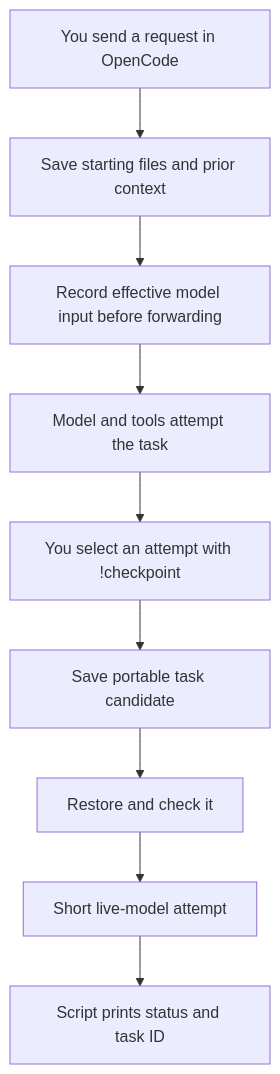
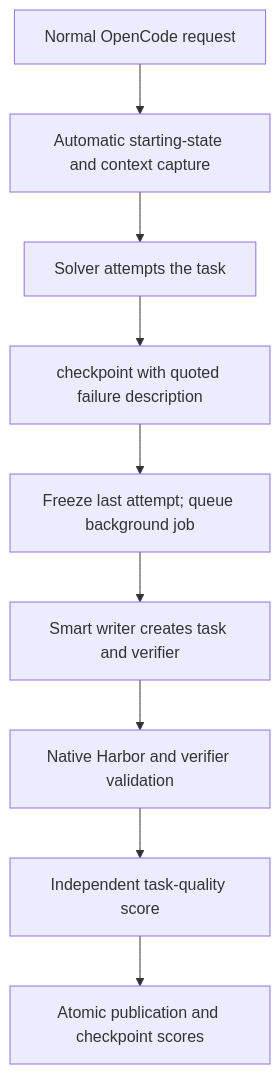
The first of 4 diagrams in design.md (jpbarona/rl-environment-harness), drawn with Mermaid before and after one commit. The commit also changed other lines of this file and 24 other files, not shown here.

First line of the commit message:
Step 5: background checkpoint command with Harbor task generation, validation, scoring, and atomic publication (#4)

````diff
--- a/design.md
+++ b/design.md
@@ -17,11 +17,11 @@
 ```mermaid
 flowchart TD
-    A[You send a request in OpenCode] --> B[Save starting files and prior context]
-    B --> C[Record effective model input before forwarding]
-    C --> D[Model and tools attempt the task]
-    D --> E[You select an attempt with !checkpoint]
-    E --> F[Save portable task candidate]
-    F --> G[Restore and check it]
-    G --> H[Short live-model attempt]
-    H --> I[Script prints status and task ID]
+    A[Normal OpenCode request] --> B[Automatic starting-state and context capture]
+    B --> C[Solver attempts the task]
+    C --> D[checkpoint with quoted failure description]
+    D --> E[Freeze last attempt; queue background job]
+    E --> F[Smart writer creates task and verifier]
+    F --> G[Native Harbor and verifier validation]
+    G --> H[Independent task-quality score]
+    H --> I[Atomic publication and checkpoint scores]
 ```
````
